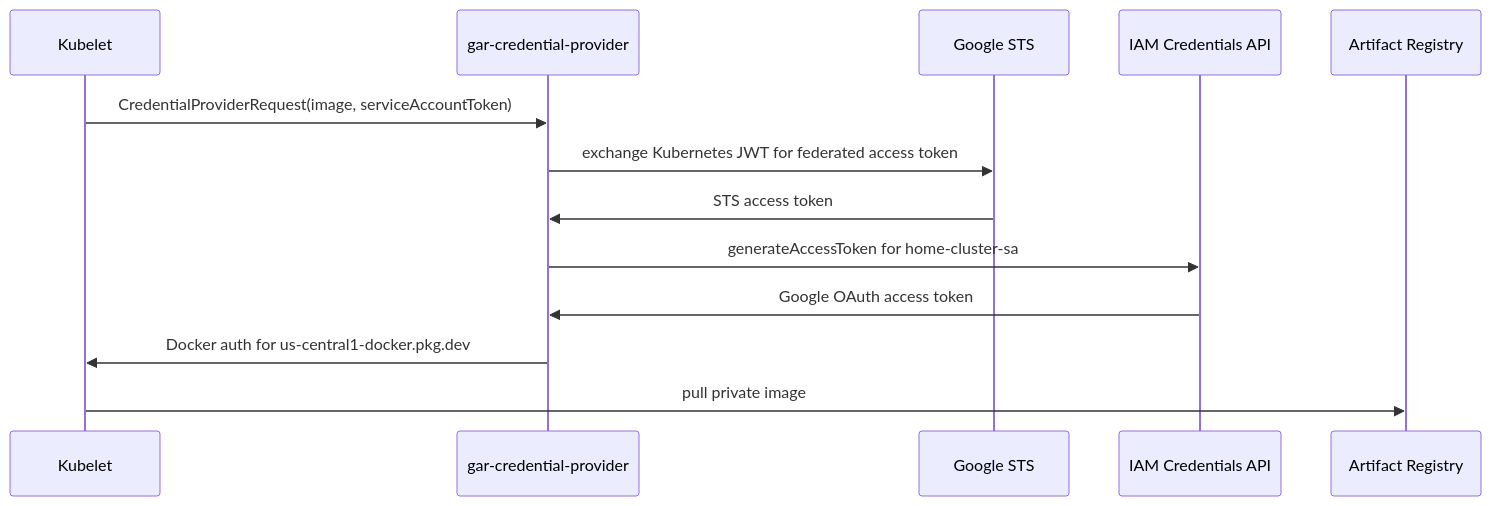
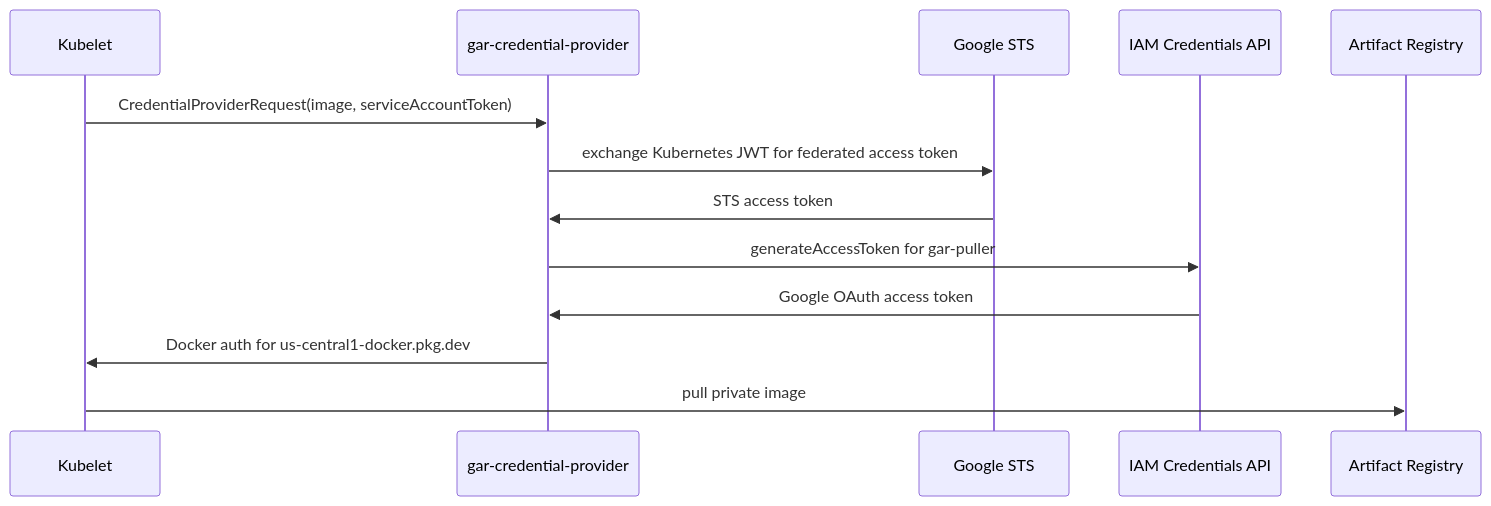
The fourth of 4 diagrams in README.md (ccrawford4/home), drawn with Mermaid before and after one commit. The commit also changed other lines of this file and 7 other files, not shown here.

First line of the commit message:
Split image pulls off home-cluster-sa into gar-puller (#54)

````diff
--- a/README.md
+++ b/README.md
@@ -265,16 +268,16 @@
 ```mermaid
 sequenceDiagram
   participant Kubelet
   participant Plugin as gar-credential-provider
   participant STS as Google STS
   participant IAM as IAM Credentials API
   participant GAR as Artifact Registry
 
   Kubelet->>Plugin: CredentialProviderRequest(image, serviceAccountToken)
   Plugin->>STS: exchange Kubernetes JWT for federated access token
   STS->>Plugin: STS access token
-  Plugin->>IAM: generateAccessToken for home-cluster-sa
+  Plugin->>IAM: generateAccessToken for gar-puller
   IAM->>Plugin: Google OAuth access token
   Plugin->>Kubelet: Docker auth for us-central1-docker.pkg.dev
   Kubelet->>GAR: pull private image
 ```
````
